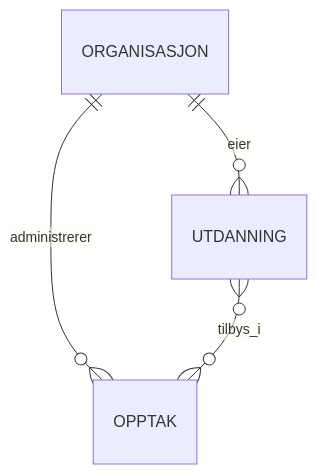
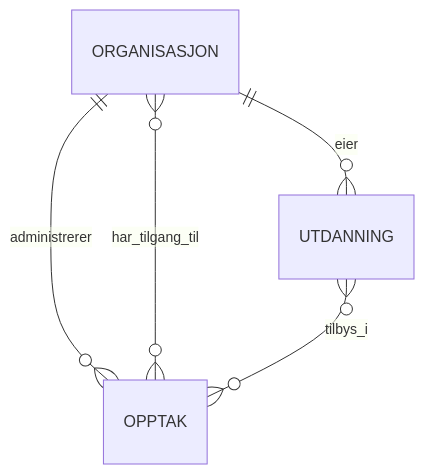
The diagram in krav/opptak/entity-map.md (SmidigStorm/strix), drawn with Mermaid before and after one commit. The commit also changed other lines of this file and 1 other file, not shown here.

First line of the commit message:
Endrer til eksplisitt tilgangsstyring for opptak

````diff
--- a/krav/opptak/entity-map.md
+++ b/krav/opptak/entity-map.md
@@ -25,6 +25,7 @@
 ```mermaid
 erDiagram
     ORGANISASJON ||--o{ UTDANNING : "eier"
     ORGANISASJON ||--o{ OPPTAK : "administrerer"
+    ORGANISASJON }o--o{ OPPTAK : "har_tilgang_til"
     UTDANNING }o--o{ OPPTAK : "tilbys_i"
 ```
````
